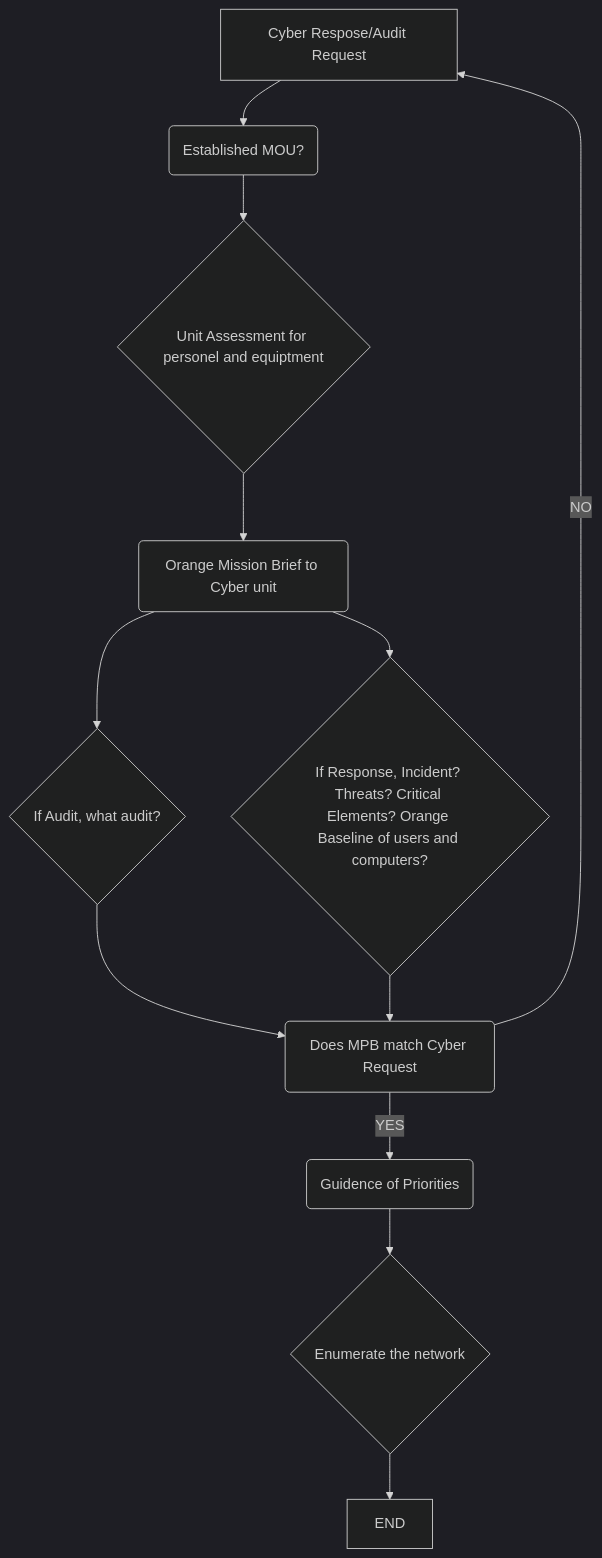
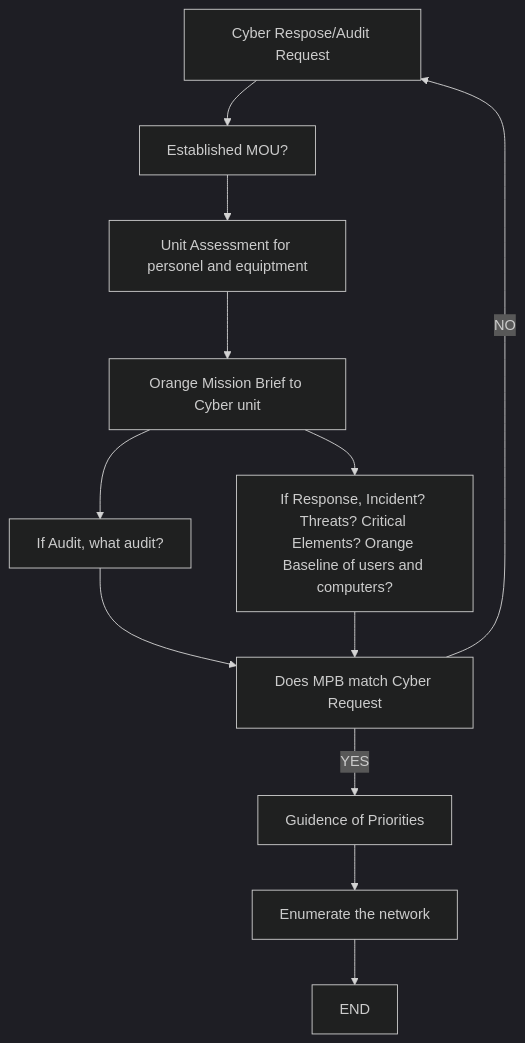
Before and after one commit to huntmckay/cyberflow: the diagram in flow.md, drawn with Mermaid (dark theme). The commit also changed 2 other files, not shown here.

Commit message:
adds key, replaces node type

````diff
--- a/flow.md
+++ b/flow.md
@@ -1,14 +1,14 @@
 ```mermaid
 ---
-Title: Cyber Response Flow
+Title: Command planning phase
 ---
 flowchart TD
-    A[Cyber Respose/Audit Request] --> B(Established MOU?)
-    B --> C{Unit Assessment for personel and equiptment}
-    C --> D(Orange Mission Brief to Cyber unit)
-    D --> E{If Audit, what audit?} & F{If Response, Incident? Threats? Critical Elements? Orange Baseline of users and computers?} --> G(Does MPB match Cyber Request)
+    A[Cyber Respose/Audit Request] --> B[Established MOU?]
+    B --> C[Unit Assessment for personel and equiptment]
+    C --> D[Orange Mission Brief to Cyber unit]
+    D --> E[If Audit, what audit?] & F[If Response, Incident? Threats? Critical Elements? Orange Baseline of users and computers?] --> G[Does MPB match Cyber Request]
     G --> |NO| A 
-    G --> |YES| H(Guidence of Priorities)
-    H --> I{Enumerate the network}
+    G --> |YES| H[Guidence of Priorities]
+    H --> I[Enumerate the network]
     I --> J[END]
 ```
````
